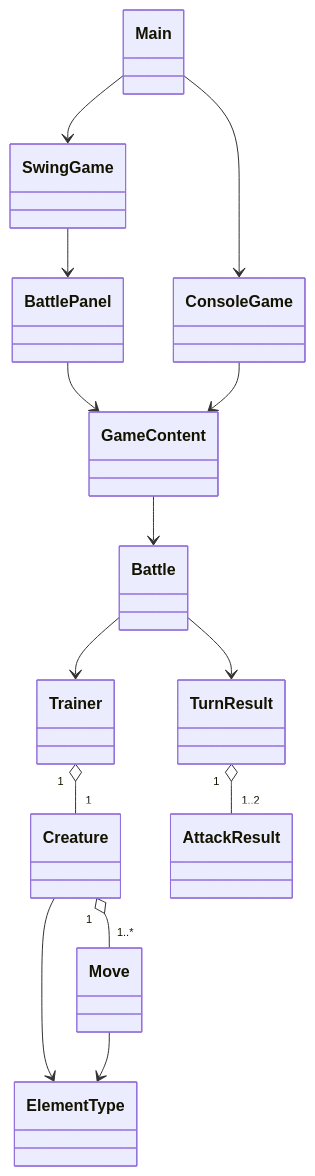
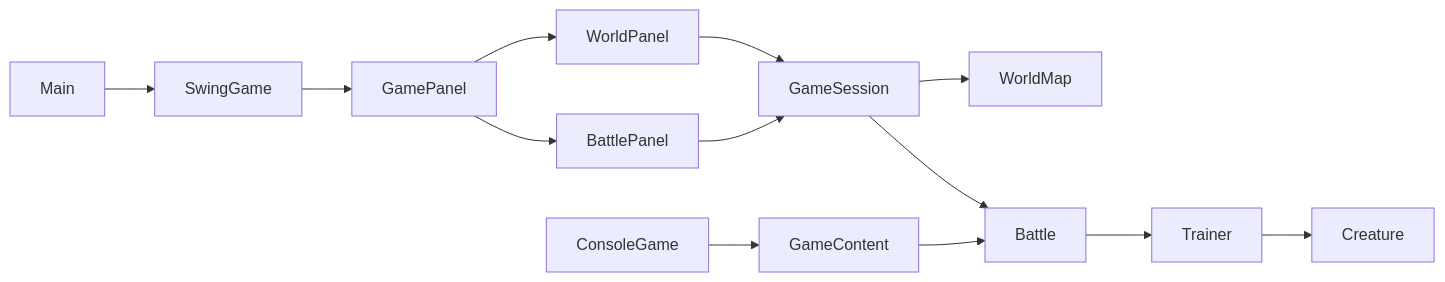
The second of 2 diagrams in README.md (FSopelsa/Poklone), drawn with Mermaid before and after one commit. The commit also changed other lines of this file and 2 other files, not shown here.

Commit message:
Refactor GameContentTest for clarity and accuracy in method naming

````diff
--- a/README.md
+++ b/README.md
@@ -59,16 +47,12 @@
 ```mermaid
-classDiagram
-    Main --> SwingGame
-    Main --> ConsoleGame
-    SwingGame --> BattlePanel
-    BattlePanel --> GameContent
-    ConsoleGame --> GameContent
-    GameContent --> Battle
-    Battle --> Trainer
-    Trainer "1" o-- "1" Creature
-    Creature "1" o-- "1..*" Move
-    Creature --> ElementType
-    Move --> ElementType
-    Battle --> TurnResult
-    TurnResult "1" o-- "1..2" AttackResult
+flowchart LR
+    Main --> SwingGame --> GamePanel
+    GamePanel --> WorldPanel
+    GamePanel --> BattlePanel
+    WorldPanel --> GameSession
+    BattlePanel --> GameSession
+    GameSession --> WorldMap
+    GameSession --> Battle
+    ConsoleGame --> GameContent --> Battle
+    Battle --> Trainer --> Creature
 ```
````
